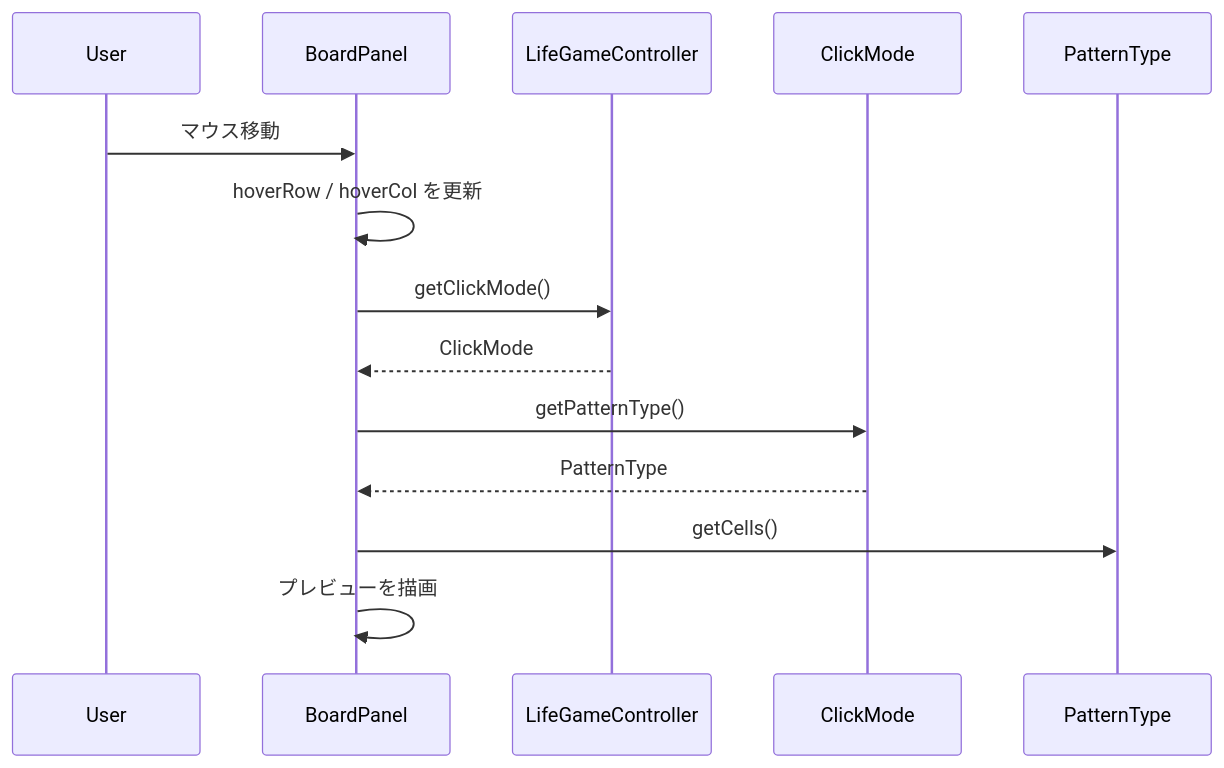
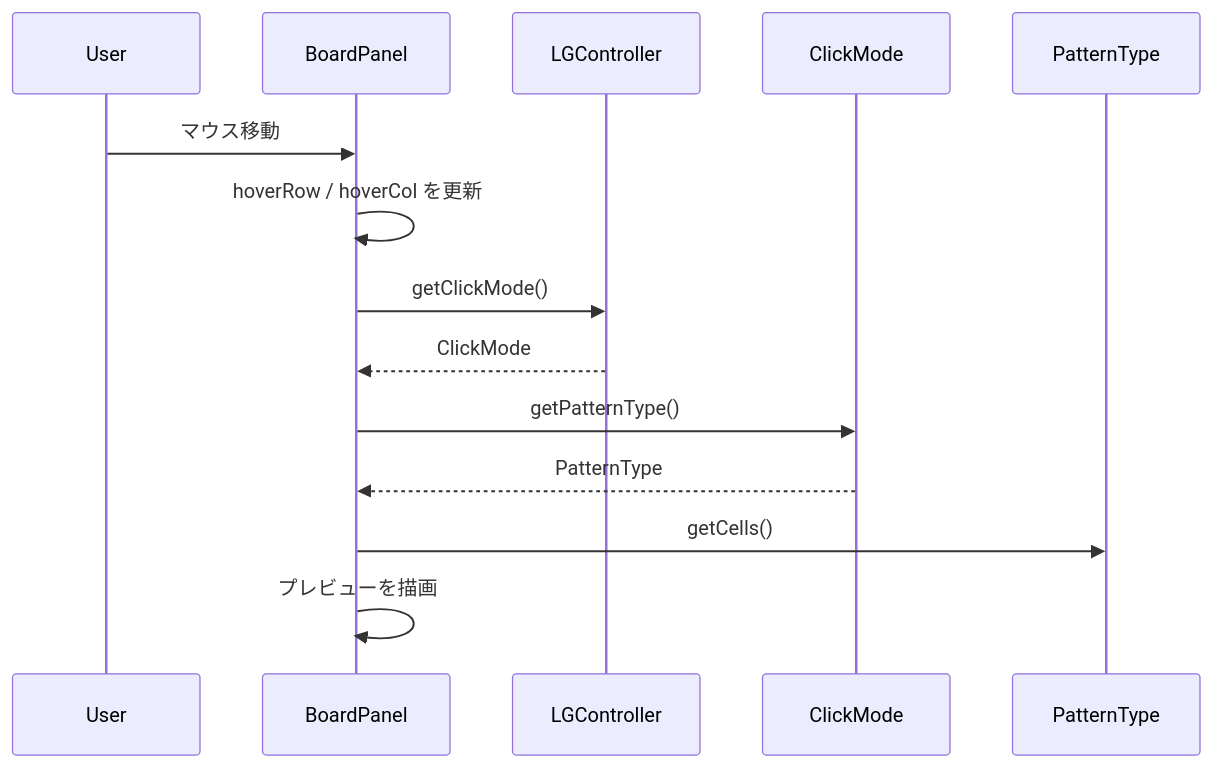
One commit to mkunori/LifeGame changed the fourth of 4 diagrams in README.md. Above: the diagram before and after it, drawn with Mermaid. The commit also changed other lines of this file and 7 other files, not shown here.

````diff
--- a/README.md
+++ b/README.md
@@ -177,17 +177,17 @@
 ```mermaid
 sequenceDiagram
     participant User
     participant BoardPanel
-    participant LifeGameController
+    participant LGController
     participant ClickMode
     participant PatternType
 
     User->>BoardPanel: マウス移動
     BoardPanel->>BoardPanel: hoverRow / hoverCol を更新
-    BoardPanel->>LifeGameController: getClickMode()
-    LifeGameController-->>BoardPanel: ClickMode
+    BoardPanel->>LGController: getClickMode()
+    LGController-->>BoardPanel: ClickMode
     BoardPanel->>ClickMode: getPatternType()
     ClickMode-->>BoardPanel: PatternType
     BoardPanel->>PatternType: getCells()
     BoardPanel->>BoardPanel: プレビューを描画
 ```
````
